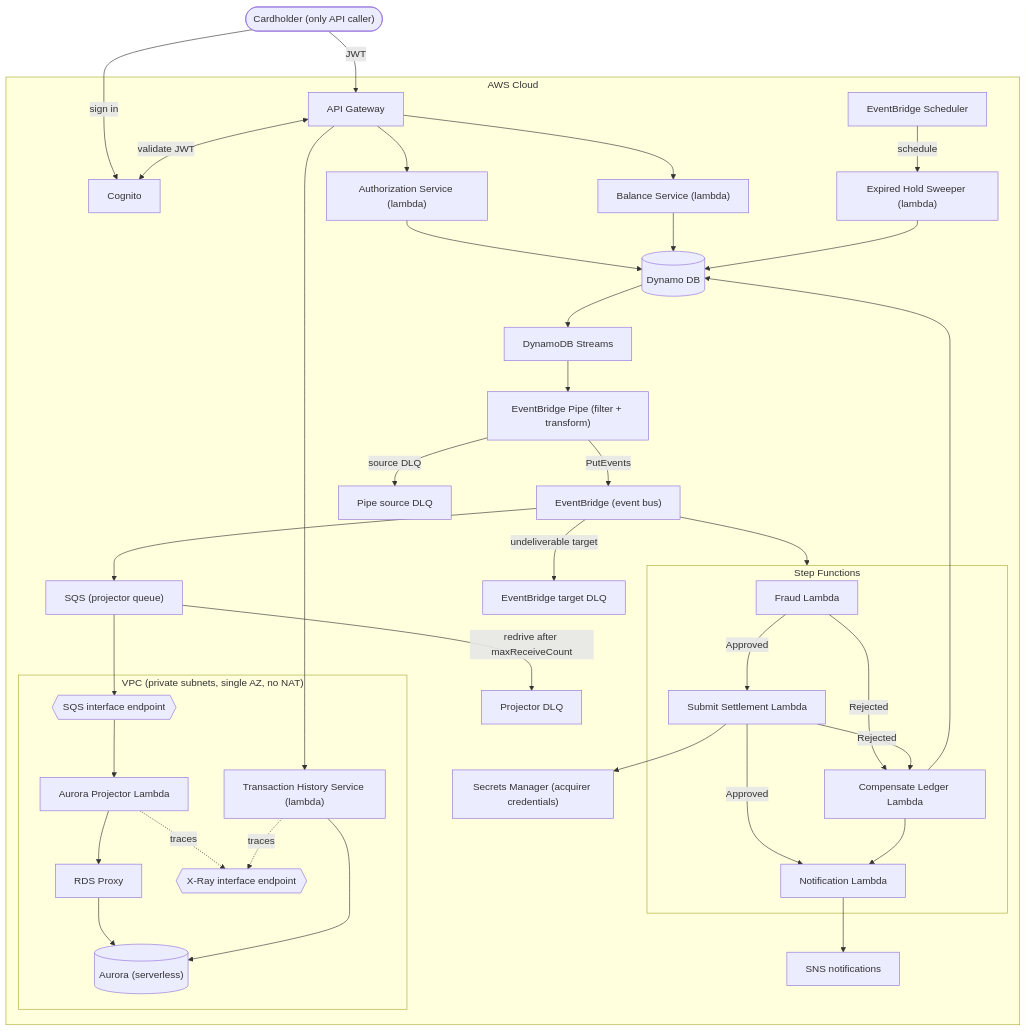
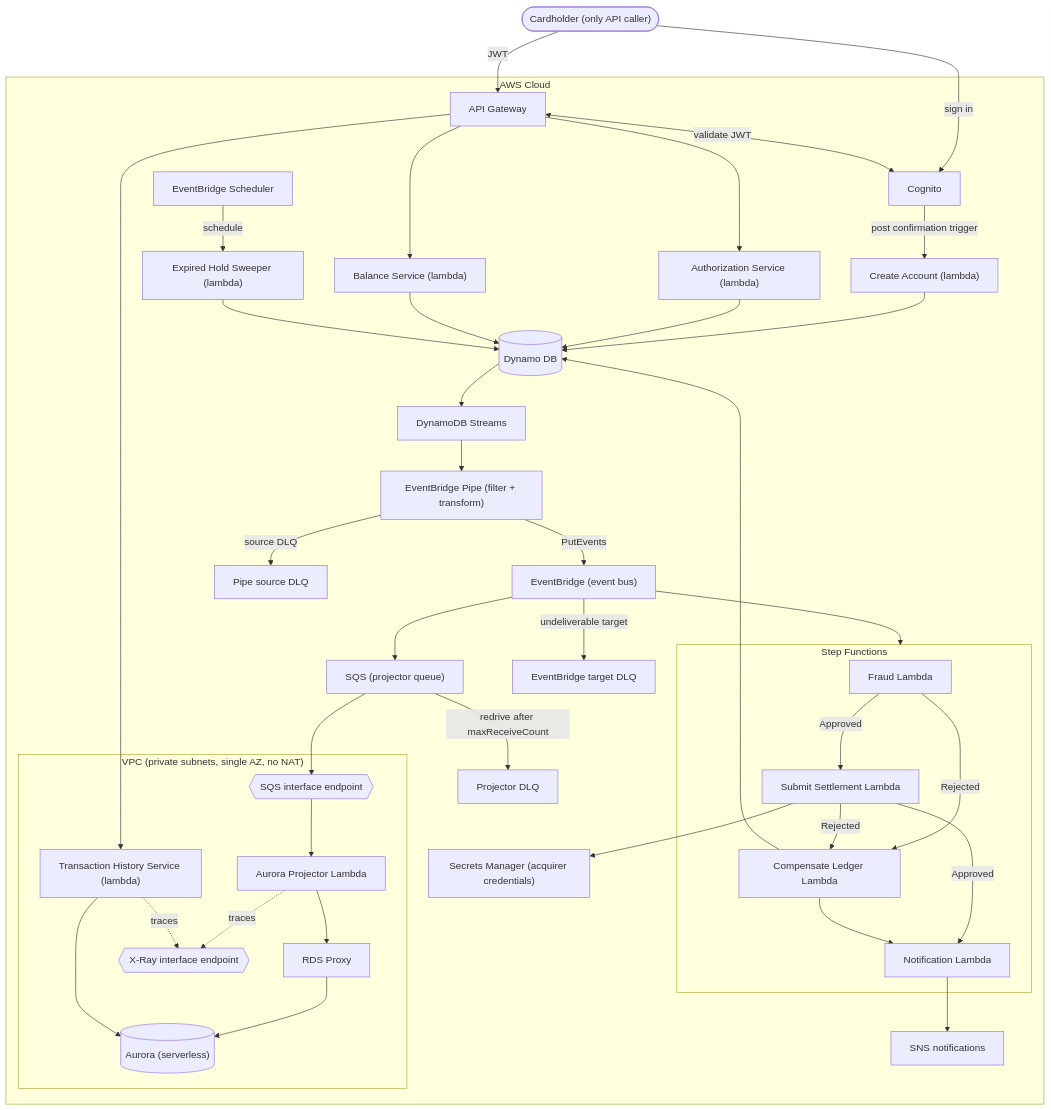
The diagram in docs/design-doc.md (Daniel-Ibarrola/PayLedger), drawn with Mermaid before and after one commit. The commit also changed other lines of this file and 2 other files, not shown here.

Commit message:
feat(create-account): add retry logic for DynamoDB writes and adjust IAM policy for write-only access

````diff
--- a/docs/design-doc.md
+++ b/docs/design-doc.md
@@ -53,75 +53,77 @@
 ```mermaid
 flowchart TB
     Cardholder(["Cardholder (only API caller)"])
 
     subgraph Edge["AWS Cloud"]
         APIGW["API Gateway"]
         Cognito["Cognito"]
         
         AuthServ["Authorization Service (lambda)"]
+        CreateAccount["Create Account (lambda)"]
         DynamoDB[("Dynamo DB")]
         DDBS["DynamoDB Streams"]
         Pipe["EventBridge Pipe (filter + transform)"]
         
         EB["EventBridge (event bus)"]
         Scheduler["EventBridge Scheduler"]
         EHS["Expired Hold Sweeper (lambda)"]
 
         subgraph SF["Step Functions"]
             FraudLambda["Fraud Lambda"]
             SettlementLambda["Submit Settlement Lambda"]
             NotifyLambda["Notification Lambda"]
             CompensateLambda["Compensate Ledger Lambda"]
         end
 
         Secrets["Secrets Manager (acquirer credentials)"]
 
         subgraph VPC["VPC (private subnets, single AZ, no NAT)"]
             ProjectorLambda["Aurora Projector Lambda"]
             RDSP["RDS Proxy"]
             Aurora[("Aurora (serverless)")]
             TxnServ["Transaction History Service (lambda)"]
             SQSEP{{"SQS interface endpoint"}}
             XRayEP{{"X-Ray interface endpoint"}}
         end
 
         SQS["SQS (projector queue)"]
         ProjDLQ["Projector DLQ"]
         EBDLQ["EventBridge target DLQ"]
         FwdDLQ["Pipe source DLQ"]
 
         SNS["SNS notifications"]
 
         BalanceServ["Balance Service (lambda)"]
     end
 
     Cardholder --> |"sign in"| Cognito
     Cardholder --> |"JWT"| APIGW
     APIGW <--> |"validate JWT"| Cognito
+    Cognito --> |"post confirmation trigger"| CreateAccount --> DynamoDB
     APIGW --> AuthServ
     AuthServ --> DynamoDB
     DynamoDB --> DDBS --> Pipe --> |"PutEvents"| EB
     Pipe --> |"source DLQ"| FwdDLQ
     
     EB --> SF
     EB --> SQS --> SQSEP --> ProjectorLambda
     EB --> |"undeliverable target"| EBDLQ
     SQS --> |"redrive after maxReceiveCount"| ProjDLQ
     
     FraudLambda --> |"Approved"| SettlementLambda
     FraudLambda --> |"Rejected"| CompensateLambda
     SettlementLambda --> |"Approved"| NotifyLambda
     SettlementLambda --> |"Rejected"| CompensateLambda
     SettlementLambda --> Secrets
     CompensateLambda --> DynamoDB
     CompensateLambda --> NotifyLambda
     NotifyLambda --> SNS
     
     ProjectorLambda --> RDSP --> Aurora
     ProjectorLambda -.-> |"traces"| XRayEP
     TxnServ -.-> |"traces"| XRayEP
     APIGW --> BalanceServ --> DynamoDB
     APIGW --> TxnServ --> Aurora
 
     Scheduler --> |"schedule"| EHS --> DynamoDB
 ```
````
